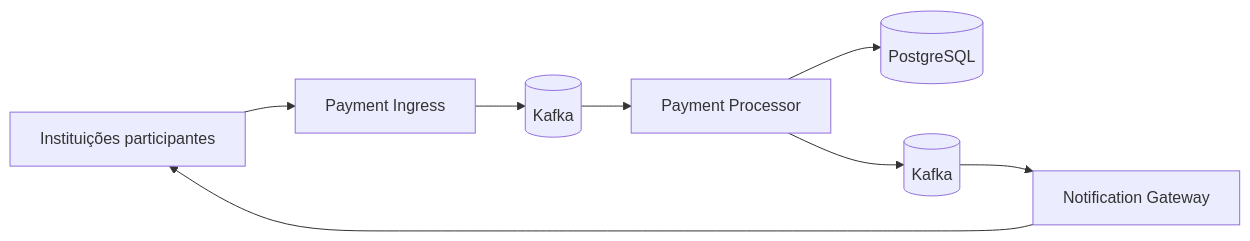
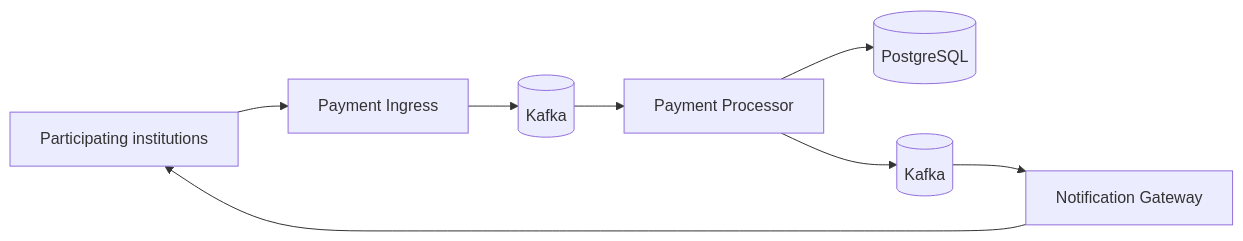
Before and after one commit to borgeskauan/instant-payment-system: the diagram in README.md, drawn with Mermaid. The commit also changed other lines of this file and 7 other files, not shown here.

````diff
--- a/README.md
+++ b/README.md
@@ -72,10 +72,10 @@
 ```mermaid
 flowchart LR
-    Participants[Instituições participantes] --> Ingress[Payment Ingress]
+    Participants[Participating institutions] --> Ingress[Payment Ingress]
     Ingress --> Kafka[(Kafka)]
     Kafka --> Processor[Payment Processor]
     Processor --> DB[(PostgreSQL)]
     Processor --> Notifications[(Kafka)]
     Notifications --> Gateway[Notification Gateway]
     Gateway --> Participants
 ```
````
